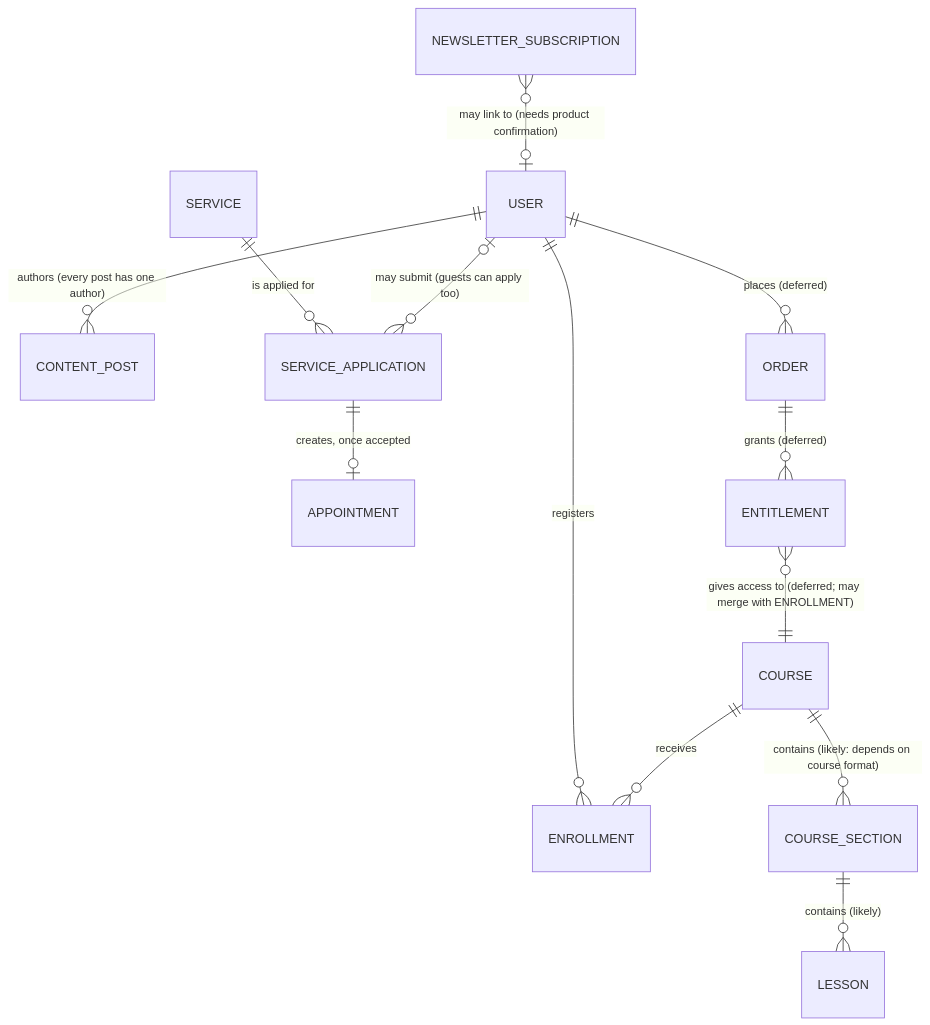
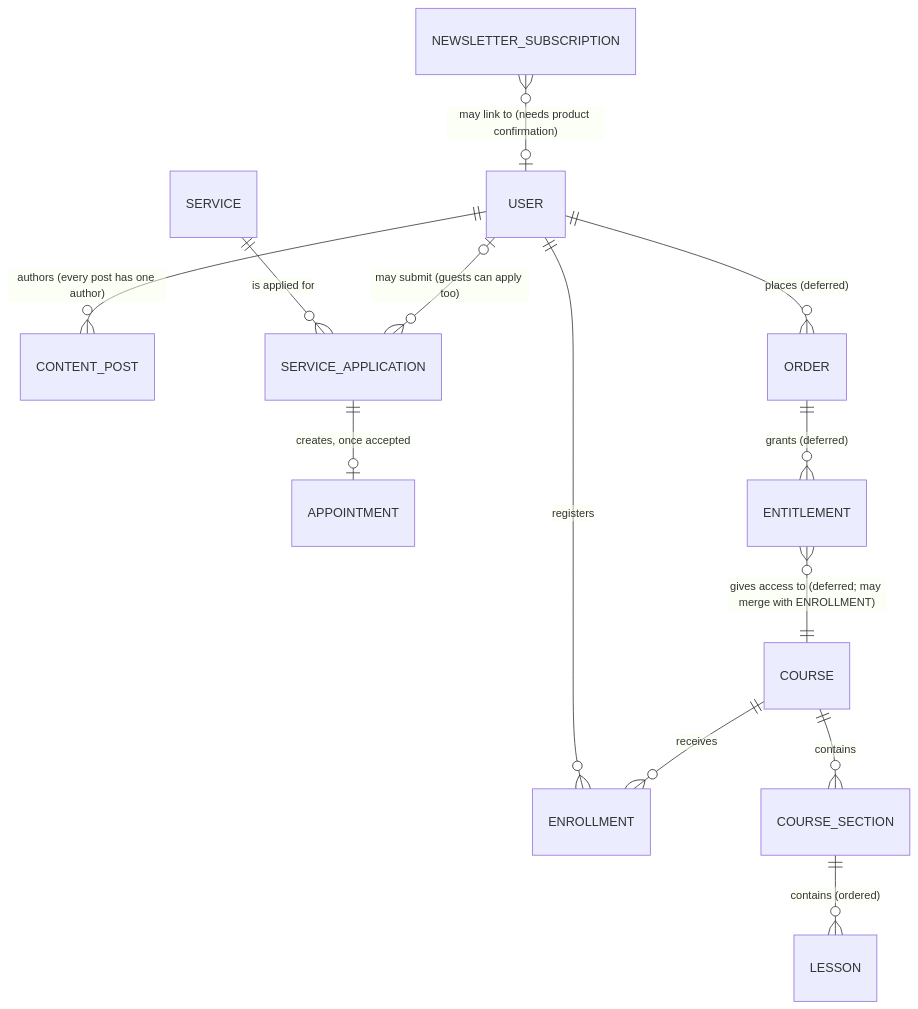
The diagram in docs/data-model.md (kienquocnguyen/xuan-api), drawn with Mermaid before and after one commit. The commit also changed other lines of this file and 2 other files, not shown here.

Commit message:
docs(course): map the course catalog schema before its migration

````diff
--- a/docs/data-model.md
+++ b/docs/data-model.md
@@ -32,15 +32,15 @@
 ```mermaid
 erDiagram
     USER ||--o{ CONTENT_POST : "authors (every post has one author)"
     SERVICE ||--o{ SERVICE_APPLICATION : "is applied for"
     USER |o--o{ SERVICE_APPLICATION : "may submit (guests can apply too)"
     SERVICE_APPLICATION ||--o| APPOINTMENT : "creates, once accepted"
     USER ||--o{ ENROLLMENT : "registers"
     COURSE ||--o{ ENROLLMENT : "receives"
-    COURSE ||--o{ COURSE_SECTION : "contains (likely: depends on course format)"
-    COURSE_SECTION ||--o{ LESSON : "contains (likely)"
+    COURSE ||--o{ COURSE_SECTION : "contains"
+    COURSE_SECTION ||--o{ LESSON : "contains (ordered)"
     USER ||--o{ ORDER : "places (deferred)"
     ORDER ||--o{ ENTITLEMENT : "grants (deferred)"
     ENTITLEMENT }o--|| COURSE : "gives access to (deferred; may merge with ENROLLMENT)"
     NEWSLETTER_SUBSCRIPTION }o--o| USER : "may link to (needs product confirmation)"
 ```
````
